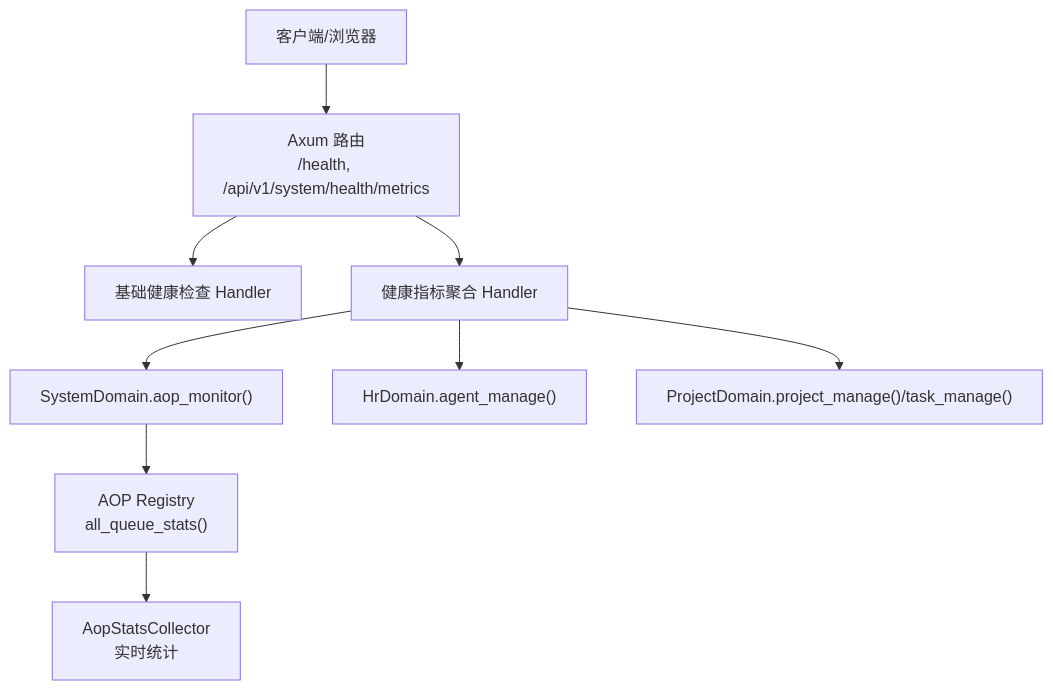
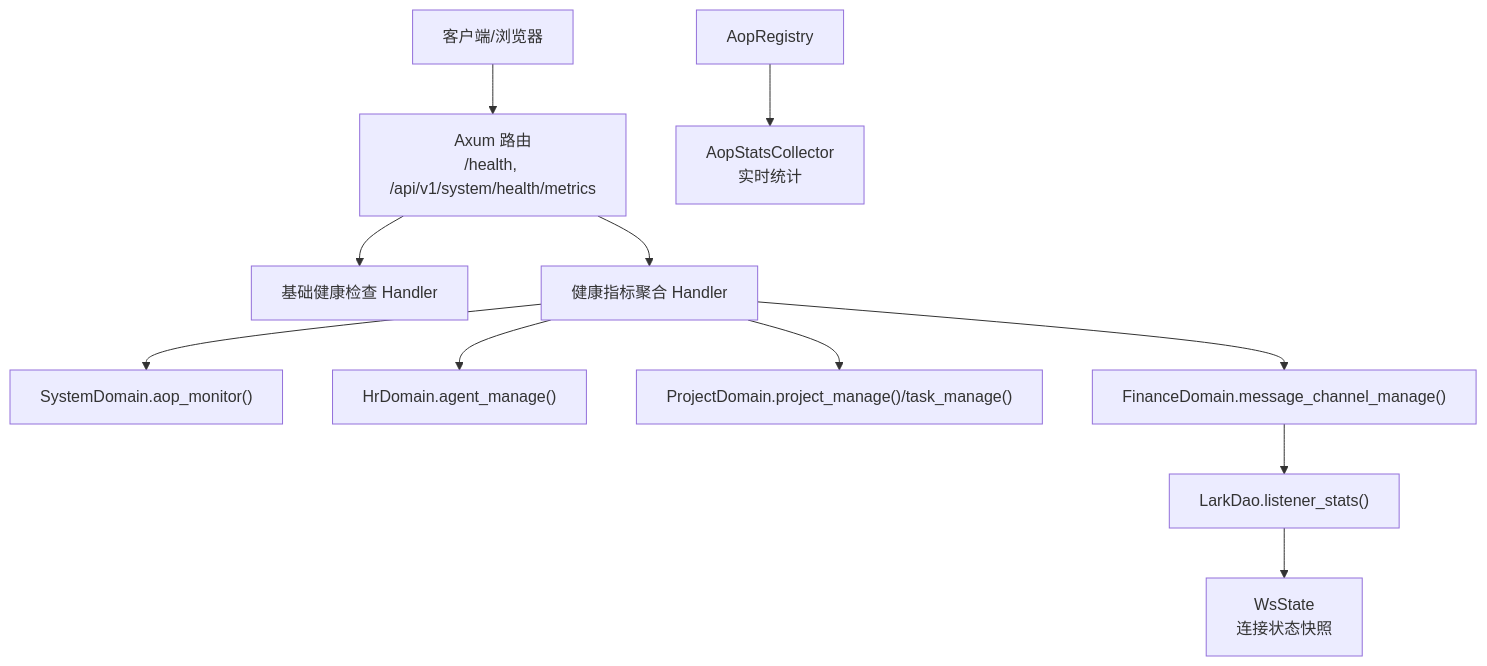
The first of 9 diagrams in .qoder/repowiki/zh/content/项目概述/核心功能特性/系统管理功能/系统健康检查.md (runningcoders/ai_orz), drawn with Mermaid before and after one commit. The commit also changed other lines of this file and 10 other files, not shown here.

````diff
--- a/.qoder/repowiki/zh/content/项目概述/核心功能特性/系统管理功能/系统健康检查.md
+++ b/.qoder/repowiki/zh/content/项目概述/核心功能特性/系统管理功能/系统健康检查.md
@@ -41,11 +54,13 @@
 ```mermaid
 graph TB
 Client["客户端/浏览器"] --> Router["Axum 路由<br/>/health, /api/v1/system/health/metrics"]
 Router --> HealthH["基础健康检查 Handler"]
 Router --> MetricsH["健康指标聚合 Handler"]
 MetricsH --> SysDomain["SystemDomain.aop_monitor()"]
-SysDomain --> AopRegistry["AOP Registry<br/>all_queue_stats()"]
 MetricsH --> HrDomain["HrDomain.agent_manage()"]
 MetricsH --> ProjectDomain["ProjectDomain.project_manage()/task_manage()"]
+MetricsH --> FinanceDomain["FinanceDomain.message_channel_manage()"]
+FinanceDomain --> LarkDAO["LarkDao.listener_stats()"]
 AopRegistry --> StatsCollector["AopStatsCollector<br/>实时统计"]
+LarkDAO --> WsState["WsState<br/>连接状态快照"]
 ```
````
